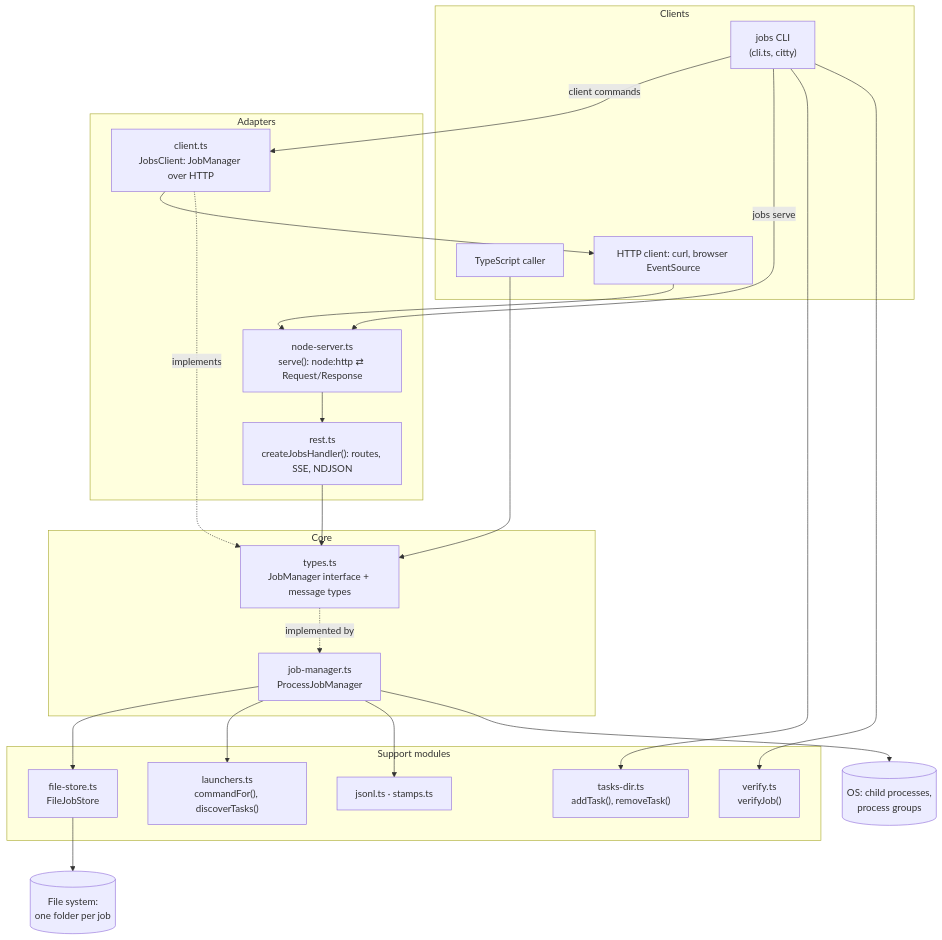
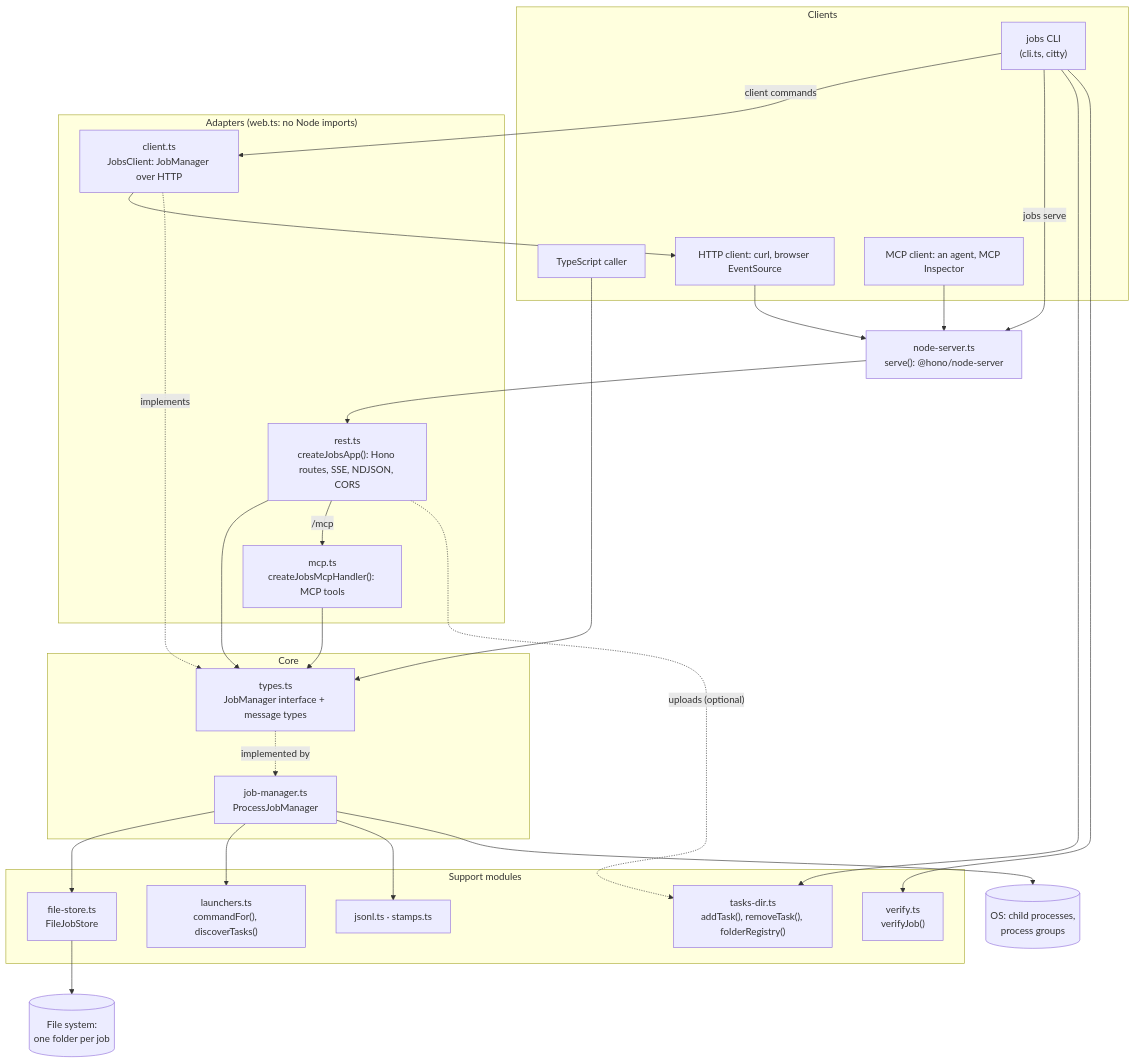
Before and after one commit to statewalker/statewalker-sandbox: the first of 4 diagrams in apps/jobs-manager/docs/architecture.md, drawn with Mermaid. The commit also changed other lines of this file and 22 other files, not shown here.

First line of the commit message:
jobs-manager: Hono REST + MCP adapters (runtime-agnostic), opt-in task upload, CORS (#163)

````diff
--- a/apps/jobs-manager/docs/architecture.md
+++ b/apps/jobs-manager/docs/architecture.md
@@ -8,39 +9,44 @@
 ```mermaid
 flowchart TB
   subgraph clients[Clients]
     ts[TypeScript caller]
     jobs["jobs CLI<br/>(cli.ts, citty)"]
     http[HTTP client: curl, browser EventSource]
+    agent[MCP client: an agent, MCP Inspector]
   end
-  subgraph adapters[Adapters]
+  subgraph adapters["Adapters (web.ts: no Node imports)"]
     client["client.ts<br/>JobsClient: JobManager over HTTP"]
-    node["node-server.ts<br/>serve(): node:http ⇄ Request/Response"]
-    rest["rest.ts<br/>createJobsHandler(): routes, SSE, NDJSON"]
+    rest["rest.ts<br/>createJobsApp(): Hono routes, SSE, NDJSON, CORS"]
+    mcp["mcp.ts<br/>createJobsMcpHandler(): MCP tools"]
   end
+  node["node-server.ts<br/>serve(): @hono/node-server"]
   subgraph core[Core]
     api["types.ts<br/>JobManager interface + message types"]
     pjm["job-manager.ts<br/>ProcessJobManager"]
   end
   subgraph support[Support modules]
     store["file-store.ts<br/>FileJobStore"]
     launch["launchers.ts<br/>commandFor(), discoverTasks()"]
-    tdir["tasks-dir.ts<br/>addTask(), removeTask()"]
+    tdir["tasks-dir.ts<br/>addTask(), removeTask(), folderRegistry()"]
     verify["verify.ts<br/>verifyJob()"]
     jsonl["jsonl.ts · stamps.ts"]
   end
   os[(OS: child processes,<br/>process groups)]
   fs[(File system:<br/>one folder per job)]
 
   ts --> api
   jobs -- "client commands" --> client --> http
   jobs -- "jobs serve" --> node
   jobs --> tdir
   jobs --> verify
   http --> node --> rest --> api
+  agent --> node
+  rest -- "/mcp" --> mcp --> api
+  rest -. "uploads (optional)" .-> tdir
   client -. implements .-> api
   api -. implemented by .-> pjm
   pjm --> store --> fs
   pjm --> launch
   pjm --> jsonl
   pjm --> os
 ```
````
